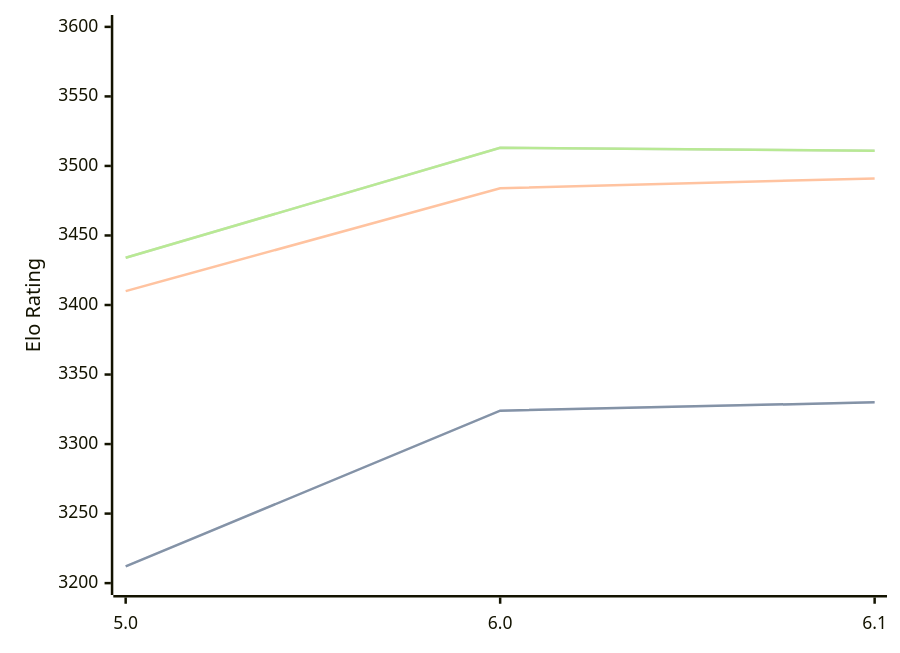
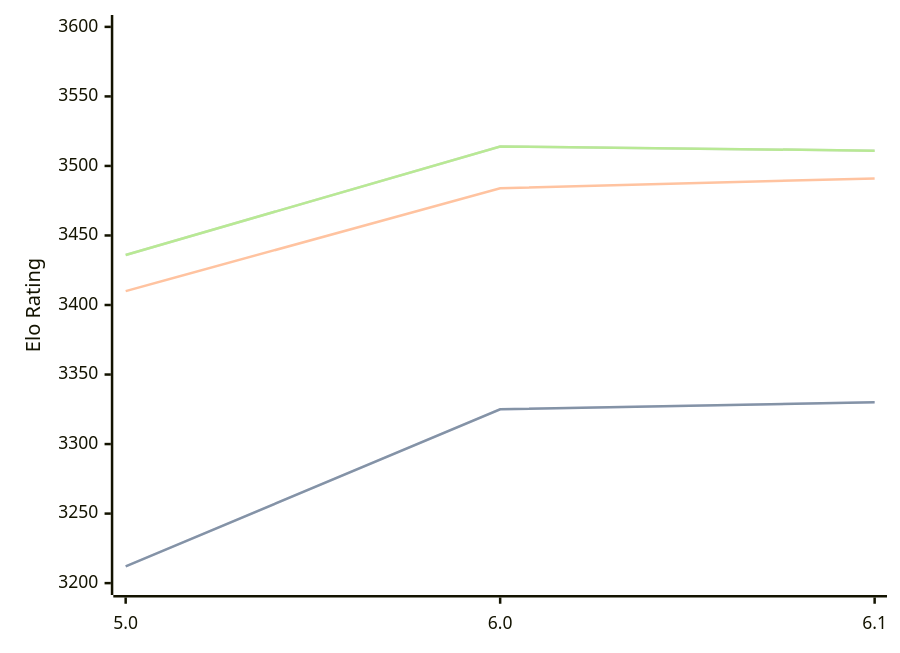
Before and after one commit to computer-chess-index/cci: the diagram in engines/Starzix.md, drawn with Mermaid. The commit also changed other lines of this file, not shown here.

Commit message:
Update CCI Ratings (ELO VLTC) - 2026-08-29

````diff
--- a/engines/Starzix.md
+++ b/engines/Starzix.md
@@ -33,11 +33,11 @@
 ```mermaid
 %%{init: {"theme":"base","themeVariables":{"seriesColors:['#a3a3a3','#222221','#faa371']}}}%%
 xychart-beta
   x-axis ["5.0", "6.0", "6.1"]
   y-axis "Elo Rating" 3200 --> 3600
-  line "" [3212, 3324, 3330]
-  line "STC (8.0+0.08s)" [3212, 3324, 3330]
+  line "" [3212, 3325, 3330]
+  line "STC (8.0+0.08s)" [3212, 3325, 3330]
   line "LTC (60.0+0.60s)" [3410, 3484, 3491]
-  line "" [3434, 3513, 3511]
-  line "VLTC (2m24s+1.12s)" [3434, 3513, 3511]
+  line "" [3436, 3514, 3511]
+  line "VLTC (2m24s+1.12s)" [3436, 3514, 3511]
 ```
````
